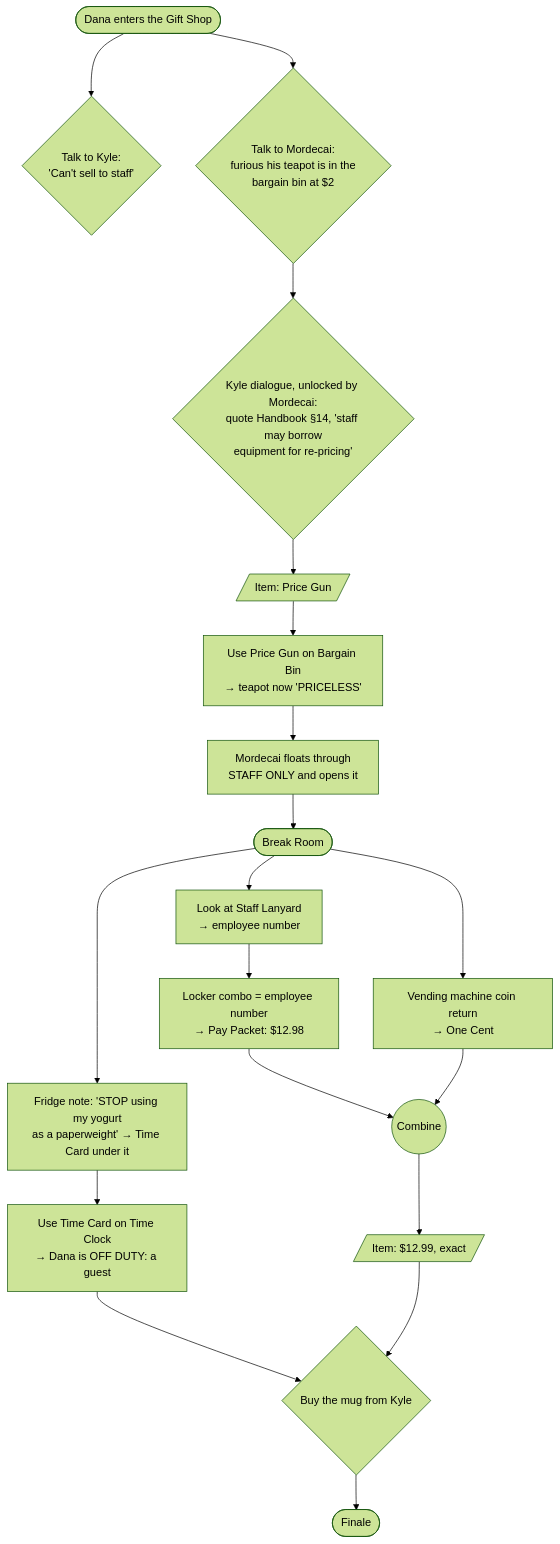
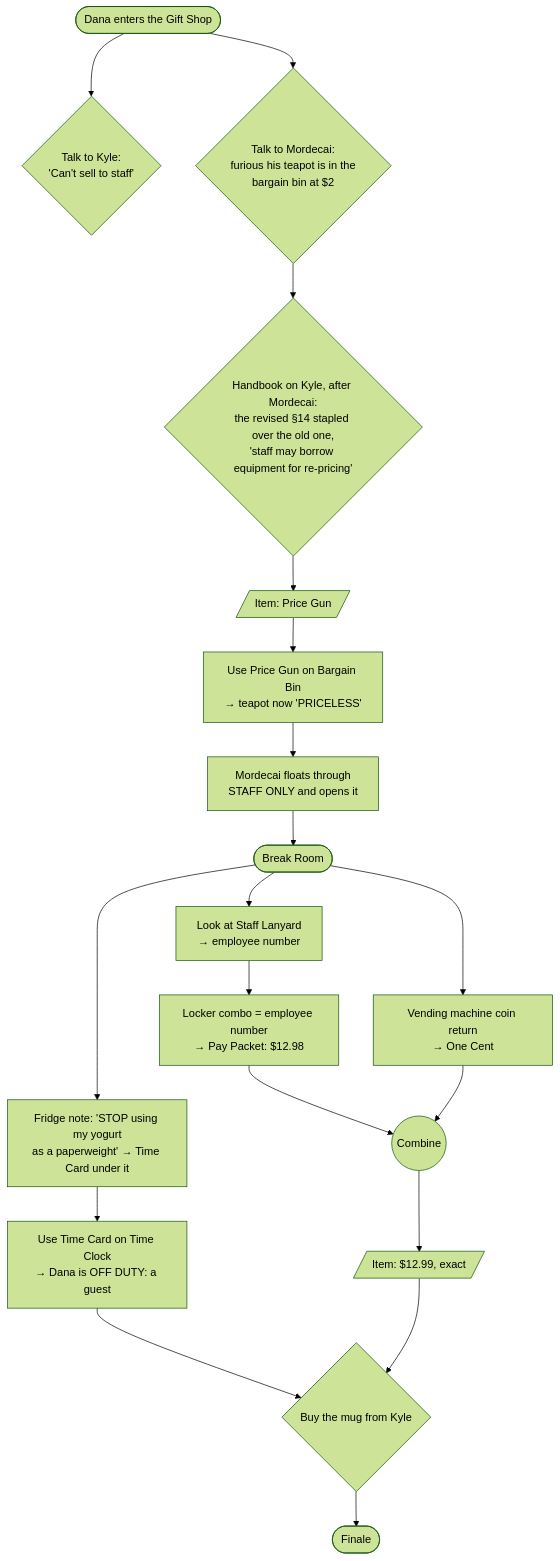
The first of 2 diagrams in docs/design.md (ratteler50/escape-from-the-escape-room), drawn with Mermaid (forest theme) before and after one commit. The commit also changed other lines of this file and 8 other files, not shown here.

````diff
--- a/docs/design.md
+++ b/docs/design.md
@@ -229,21 +230,21 @@
 ```mermaid
 graph TD
   ARRIVE([Dana enters the Gift Shop]) --> KYLE{Talk to Kyle:<br/>'Can't sell to staff'}
   ARRIVE --> MORD{Talk to Mordecai:<br/>furious his teapot is in the<br/>bargain bin at $2}
-  MORD --> ASKGUN{Kyle dialogue, unlocked by Mordecai:<br/>quote Handbook §14, 'staff may borrow<br/>equipment for re-pricing'}
+  MORD --> ASKGUN{Handbook on Kyle, after Mordecai:<br/>the revised §14 stapled over the old one,<br/>'staff may borrow equipment for re-pricing'}
   ASKGUN --> GUN[/Item: Price Gun/]
   GUN --> REPRICE[Use Price Gun on Bargain Bin<br/>→ teapot now 'PRICELESS']
   REPRICE --> STAFF[Mordecai floats through<br/>STAFF ONLY and opens it]
   STAFF --> BREAK([Break Room])
   BREAK --> FRIDGE[Fridge note: 'STOP using my yogurt<br/>as a paperweight' → Time Card under it]
   FRIDGE --> CLOCK[Use Time Card on Time Clock<br/>→ Dana is OFF DUTY: a guest]
   BREAK --> LANYARD[Look at Staff Lanyard<br/>→ employee number]
   LANYARD --> LOCKER[Locker combo = employee number<br/>→ Pay Packet: $12.98]
   BREAK --> VEND[Vending machine coin return<br/>→ One Cent]
   LOCKER --> COMBINE((Combine))
   VEND --> COMBINE
   COMBINE --> CASH[/Item: $12.99, exact/]
   CLOCK --> BUY{Buy the mug from Kyle}
   CASH --> BUY
   BUY --> FINALE([Finale])
 ```
````
